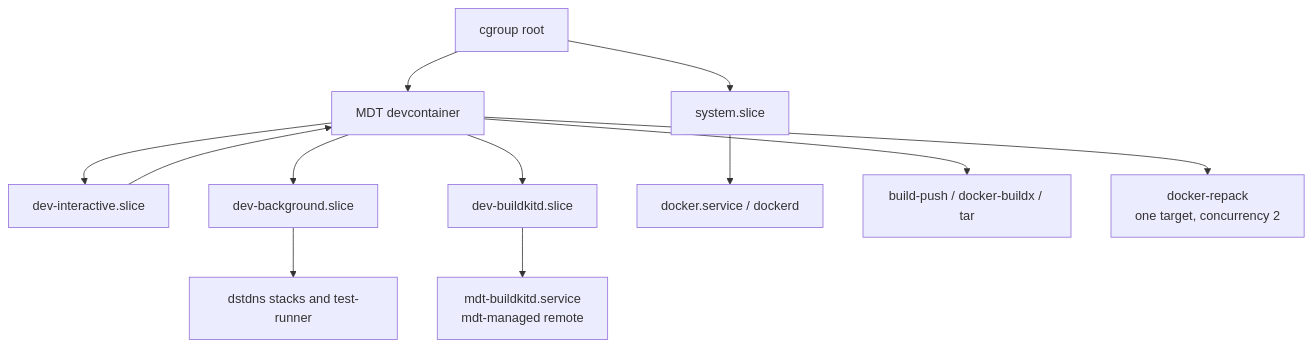
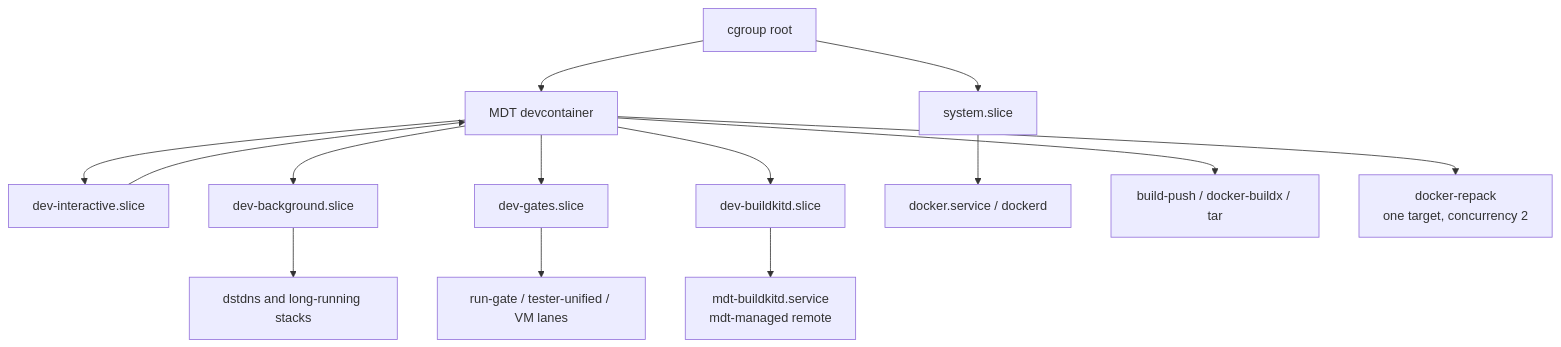
The second of 2 diagrams in modern-debian-tools-python-debug/docs/BUILD-ARCHITECTURE.md (volkb79-2/vbpub), drawn with Mermaid before and after one commit. The commit also changed other lines of this file and 80 other files, not shown here.

First line of the commit message:
chore: land run-gate root and dev-gates migration

````diff
--- a/modern-debian-tools-python-debug/docs/BUILD-ARCHITECTURE.md
+++ b/modern-debian-tools-python-debug/docs/BUILD-ARCHITECTURE.md
@@ -238,14 +238,16 @@
 ```mermaid
 flowchart TD
     R[cgroup root] --> S[system.slice]
     R --> V[dev.slice]
     V --> I[dev-interactive.slice]
     V --> B[dev-background.slice]
+    V --> G[dev-gates.slice]
     V --> K[dev-buildkitd.slice]
     S --> D[docker.service / dockerd]
     K --> W[mdt-buildkitd.service<br/>mdt-managed remote]
     I --> V[MDT devcontainer]
     V --> C[build-push / docker-buildx / tar]
     V --> P[docker-repack<br/>one target, concurrency 2]
-    B --> T[dstdns stacks and test-runner]
+    B --> T[dstdns and long-running stacks]
+    G --> Q[run-gate / tester-unified / VM lanes]
 ```
````
